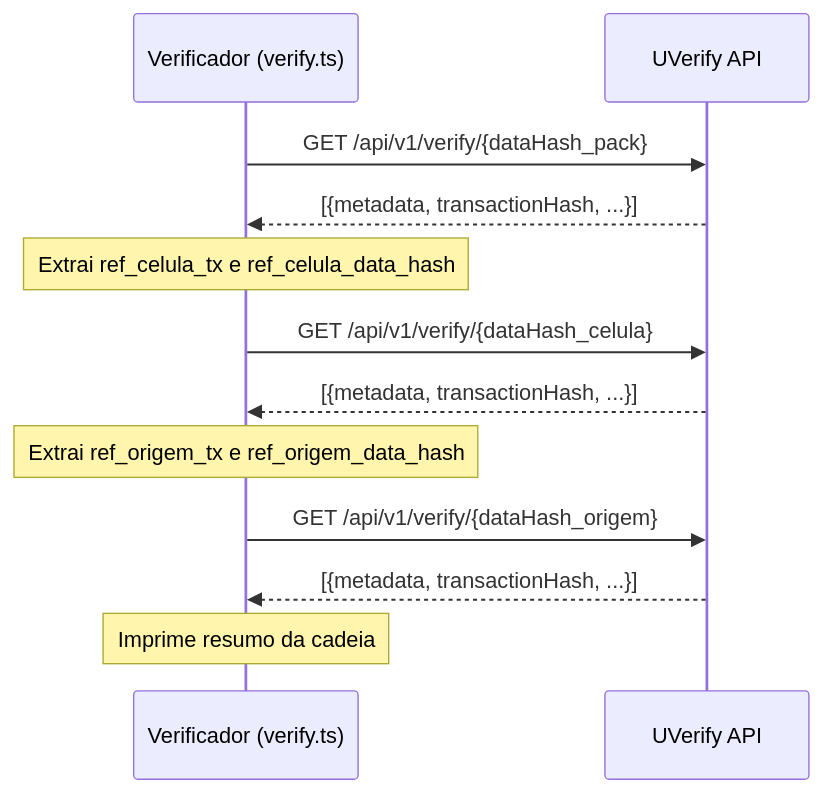
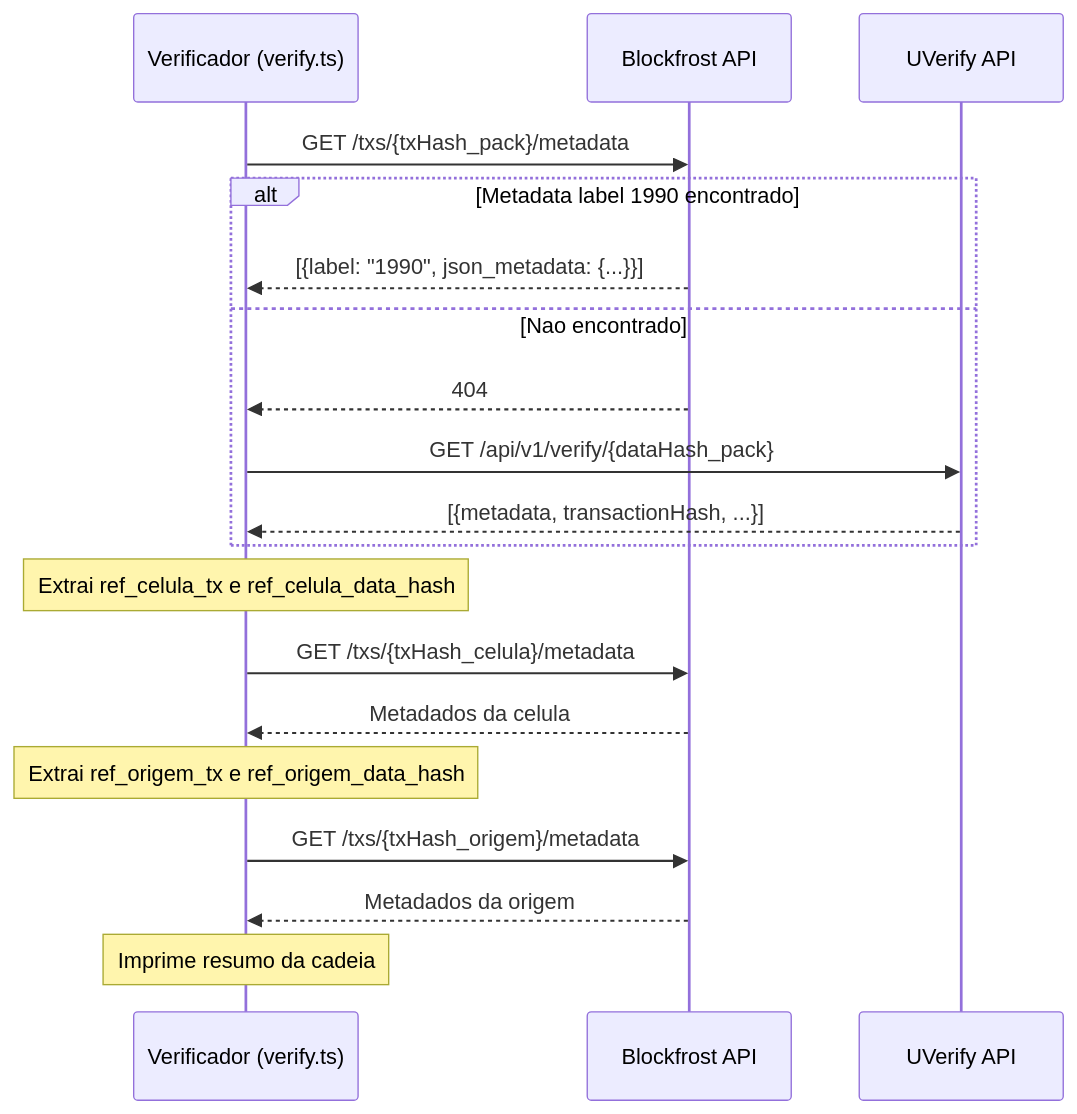
Before and after one commit to darlisagc/cardano-dpp-passaport: the fourth of 6 diagrams in arquitetura-dpp.md, drawn with Mermaid. The commit also changed other lines of this file, not shown here.

First line of the commit message:
Simplify architecture diagram and update for dual-mode support

````diff
--- a/arquitetura-dpp.md
+++ b/arquitetura-dpp.md
@@ -279,20 +260,27 @@
 ```mermaid
 sequenceDiagram
     participant V as Verificador (verify.ts)
+    participant B as Blockfrost API
     participant U as UVerify API
 
-    V->>U: GET /api/v1/verify/{dataHash_pack}
-    U-->>V: [{metadata, transactionHash, ...}]
+    V->>B: GET /txs/{txHash_pack}/metadata
+    alt Metadata label 1990 encontrado
+        B-->>V: [{label: "1990", json_metadata: {...}}]
+    else Nao encontrado
+        B-->>V: 404
+        V->>U: GET /api/v1/verify/{dataHash_pack}
+        U-->>V: [{metadata, transactionHash, ...}]
+    end
 
     Note over V: Extrai ref_celula_tx e ref_celula_data_hash
 
-    V->>U: GET /api/v1/verify/{dataHash_celula}
-    U-->>V: [{metadata, transactionHash, ...}]
+    V->>B: GET /txs/{txHash_celula}/metadata
+    B-->>V: Metadados da celula
 
     Note over V: Extrai ref_origem_tx e ref_origem_data_hash
 
-    V->>U: GET /api/v1/verify/{dataHash_origem}
-    U-->>V: [{metadata, transactionHash, ...}]
+    V->>B: GET /txs/{txHash_origem}/metadata
+    B-->>V: Metadados da origem
 
     Note over V: Imprime resumo da cadeia
 ```
````
